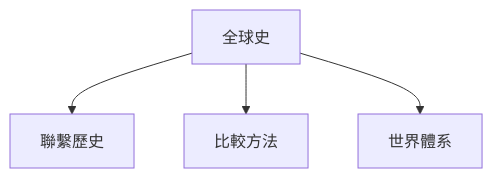
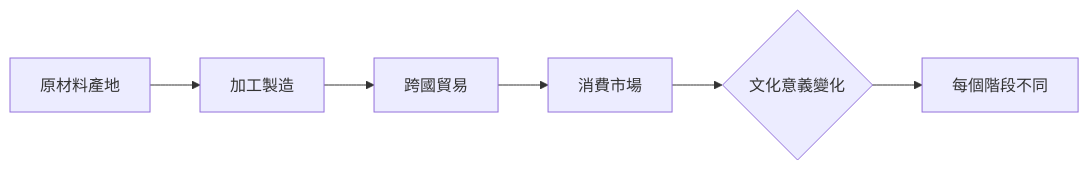
One commit to yip-lgtm/HKU-Harvard-History-Self-Study changed the second of 10 diagrams in 01_HKU_Courses/HIST2233_Globalizing_History.md. Above: the diagram before and after it, drawn with Mermaid. The commit also changed other lines of this file and 65 other files, not shown here.

````diff
--- a/01_HKU_Courses/HIST2233_Globalizing_History.md
+++ b/01_HKU_Courses/HIST2233_Globalizing_History.md
@@ -96,6 +164,8 @@
 ```mermaid
-flowchart TD
-    A[全球史] --> B[聯繫歷史]
-    A --> C[比較方法]
-    A --> D[世界體系]
+flowchart LR
+    A[原材料產地] --> B[加工製造]
+    B --> C[跨國貿易]
+    C --> D[消費市場]
+    D --> E{文化意義變化}
+    E --> F[每個階段不同]
 ```
````
